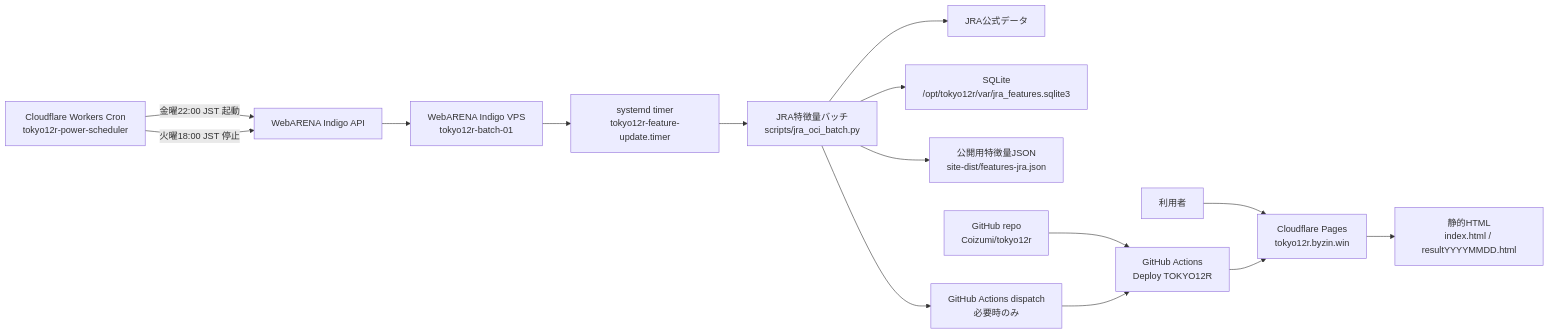
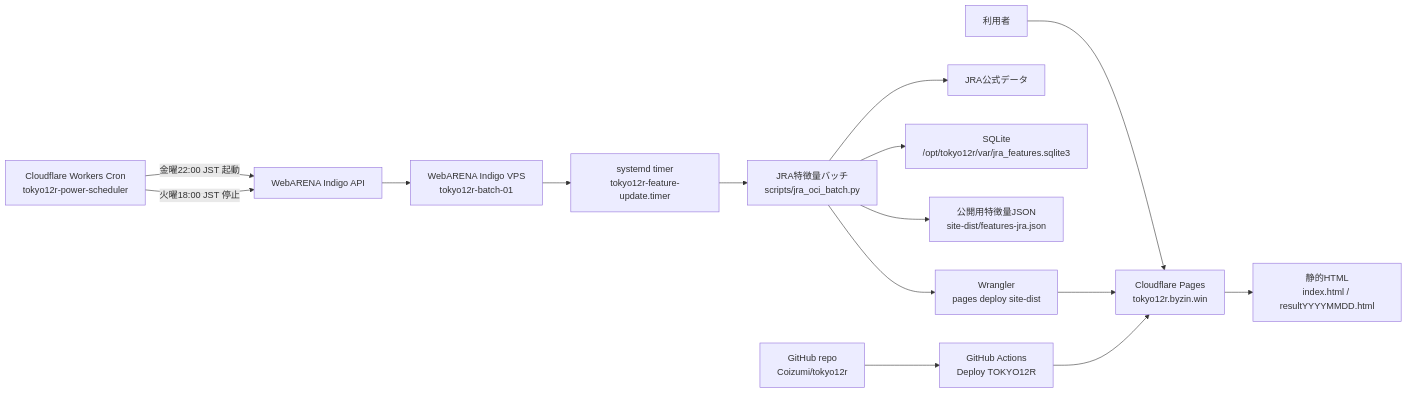
One commit to Coizumi/tokyo12r changed the diagram in specs.md. Above: the diagram before and after it, drawn with Mermaid. The commit also changed other lines of this file and 3 other files, not shown here.

Commit message:
Deploy TOKYO12R Pages from VPS

````diff
--- a/specs.md
+++ b/specs.md
@@ -48,20 +49,20 @@
 ```mermaid
 flowchart LR
   user["利用者"] --> pages["Cloudflare Pages<br/>tokyo12r.byzin.win"]
   pages --> html["静的HTML<br/>index.html / resultYYYYMMDD.html"]
 
   cfcron["Cloudflare Workers Cron<br/>tokyo12r-power-scheduler"] -->|金曜22:00 JST 起動| webapi["WebARENA Indigo API"]
   cfcron -->|火曜18:00 JST 停止| webapi
   webapi --> vps["WebARENA Indigo VPS<br/>tokyo12r-batch-01"]
 
   vps --> systemd["systemd timer<br/>tokyo12r-feature-update.timer"]
   systemd --> batch["JRA特徴量バッチ<br/>scripts/jra_oci_batch.py"]
   batch --> jra["JRA公式データ"]
   batch --> sqlite["SQLite<br/>/opt/tokyo12r/var/jra_features.sqlite3"]
   batch --> features["公開用特徴量JSON<br/>site-dist/features-jra.json"]
-  batch --> dispatch["GitHub Actions dispatch<br/>必要時のみ"]
+  batch --> cfdeploy["Wrangler<br/>pages deploy site-dist"]
+  cfdeploy --> pages
 
   repo["GitHub repo<br/>Coizumi/tokyo12r"] --> actions["GitHub Actions<br/>Deploy TOKYO12R"]
-  dispatch --> actions
   actions --> pages
 ```
````
